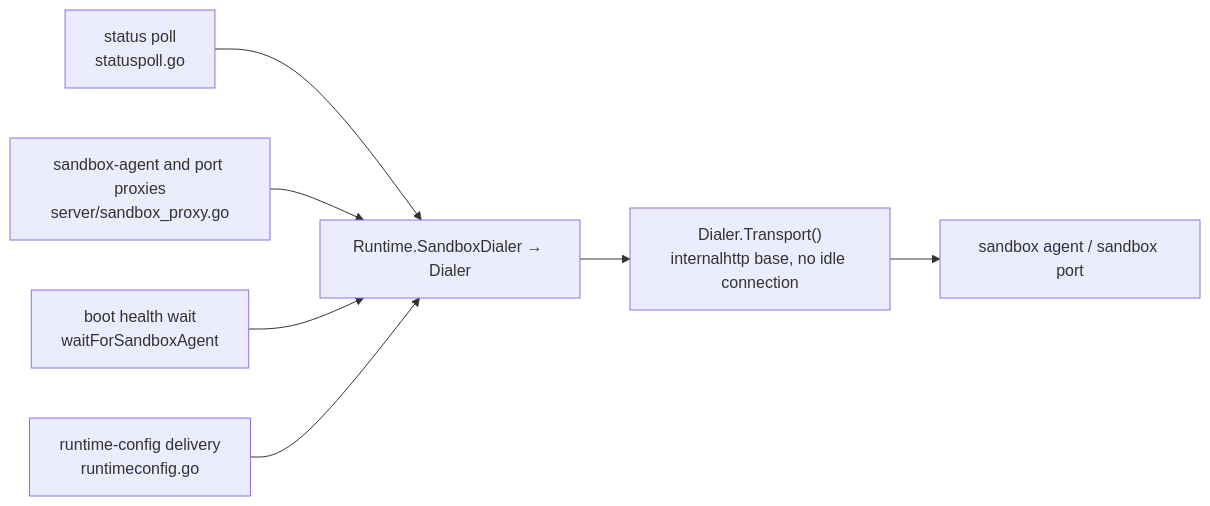
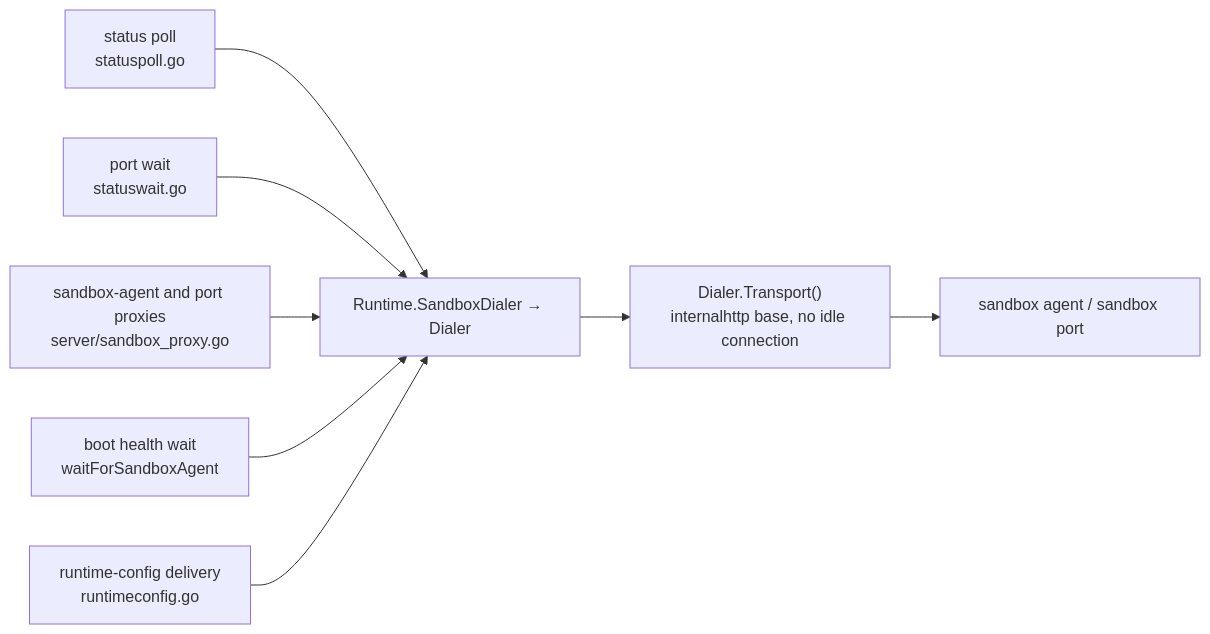
One commit to discobox-ai/discobox changed the first of 13 diagrams in pool-agent/DESIGN.md. Above: the diagram before and after it, drawn with Mermaid. The commit also changed other lines of this file and 41 other files, not shown here.

````diff
--- a/pool-agent/DESIGN.md
+++ b/pool-agent/DESIGN.md
@@ -299,9 +299,10 @@
 ```mermaid
 flowchart LR
     poll["status poll<br/>statuspoll.go"] --> dialer
+    wait["port wait<br/>statuswait.go"] --> dialer
     proxy["sandbox-agent and port proxies<br/>server/sandbox_proxy.go"] --> dialer
     health["boot health wait<br/>waitForSandboxAgent"] --> dialer
     deliver["runtime-config delivery<br/>runtimeconfig.go"] --> dialer
     dialer["Runtime.SandboxDialer → Dialer"] --> transport["Dialer.Transport()<br/>internalhttp base, no idle connection"]
     transport --> agent["sandbox agent / sandbox port"]
 ```
````
